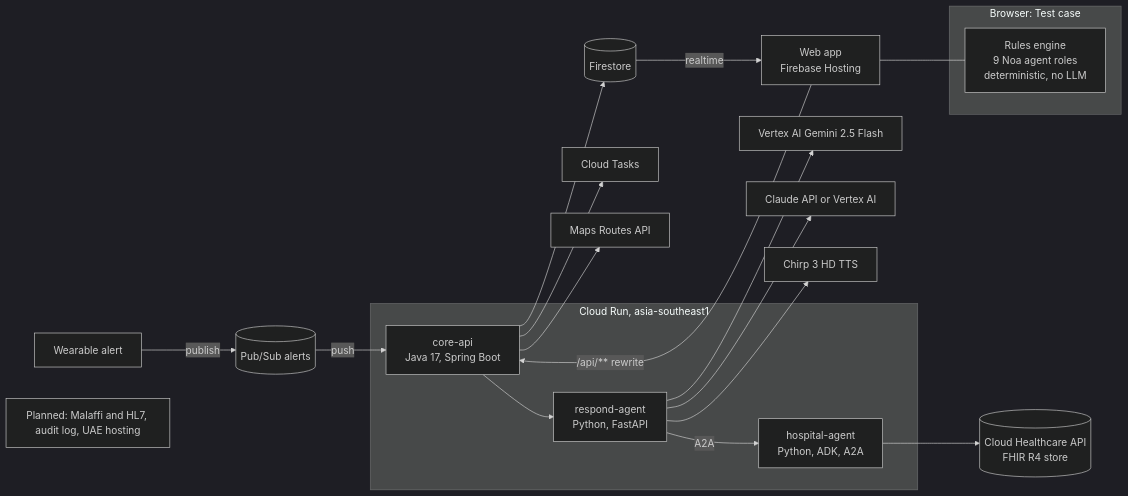
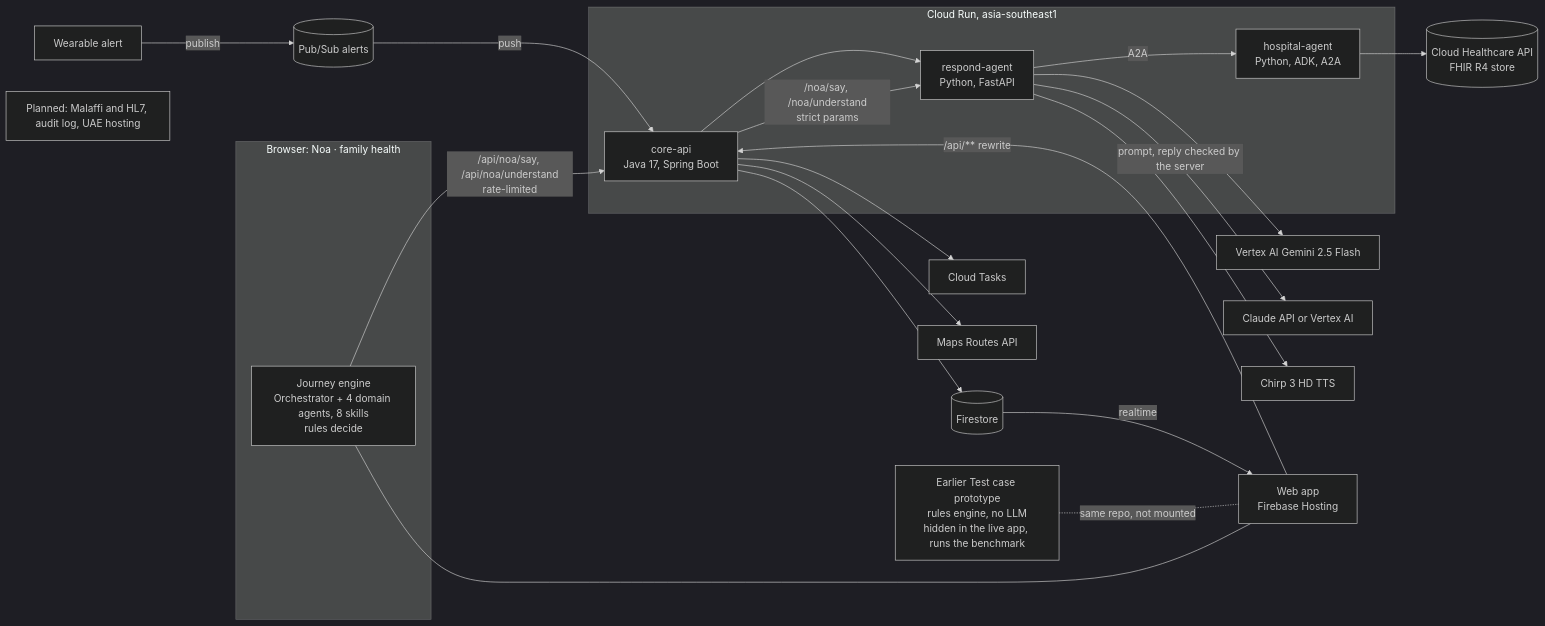
Before and after one commit to Inside-Sync/no-one-alone: the diagram in docs/submission/architecture.md, drawn with Mermaid (dark theme). The commit also changed other lines of this file and 10 other files, not shown here.

Commit message:
docs: submission documents for the judges (evaluation, scope of the earlier Test case, live AI path, current counts)

````diff
--- a/docs/submission/architecture.md
+++ b/docs/submission/architecture.md
@@ -5,26 +5,30 @@
 ```mermaid
 flowchart LR
-    subgraph Browser[Browser: Test case]
-        TC[Rules engine<br/>9 Noa agent roles<br/>deterministic, no LLM]
+    subgraph Browser[Browser: Noa · family health]
+        FH[Journey engine<br/>Orchestrator + 4 domain agents, 8 skills<br/>rules decide]
     end
+    TC[Earlier Test case prototype<br/>rules engine, no LLM<br/>hidden in the live app, runs the benchmark]
     W[Wearable alert] -->|publish| PS[(Pub/Sub alerts)]
     PS -->|push| CA
     subgraph Run[Cloud Run, asia-southeast1]
         CA[core-api<br/>Java 17, Spring Boot]
         RA[respond-agent<br/>Python, FastAPI]
         HA[hospital-agent<br/>Python, ADK, A2A]
     end
     CA --> RA
     RA -->|A2A| HA
     RA --> VX[Vertex AI Gemini 2.5 Flash]
-    RA --> CL[Claude API or Vertex AI]
+    FH -->|"/api/noa/say, /api/noa/understand<br/>rate-limited"| CA
+    CA -->|"/noa/say, /noa/understand<br/>strict params"| RA
+    RA -->|"prompt, reply checked by the server"| CL[Claude API or Vertex AI]
     RA --> TTS[Chirp 3 HD TTS]
     HA --> FHIR[(Cloud Healthcare API<br/>FHIR R4 store)]
     CA --> CT[Cloud Tasks]
     CA --> RT[Maps Routes API]
     CA --> FS[(Firestore)]
     FS -->|realtime| WEB[Web app<br/>Firebase Hosting]
     WEB -->|/api/** rewrite| CA
-    WEB --- TC
+    WEB --- FH
+    TC -.-|same repo, not mounted| WEB
     PLAN[Planned: Malaffi and HL7, audit log, UAE hosting]
 ```
````
